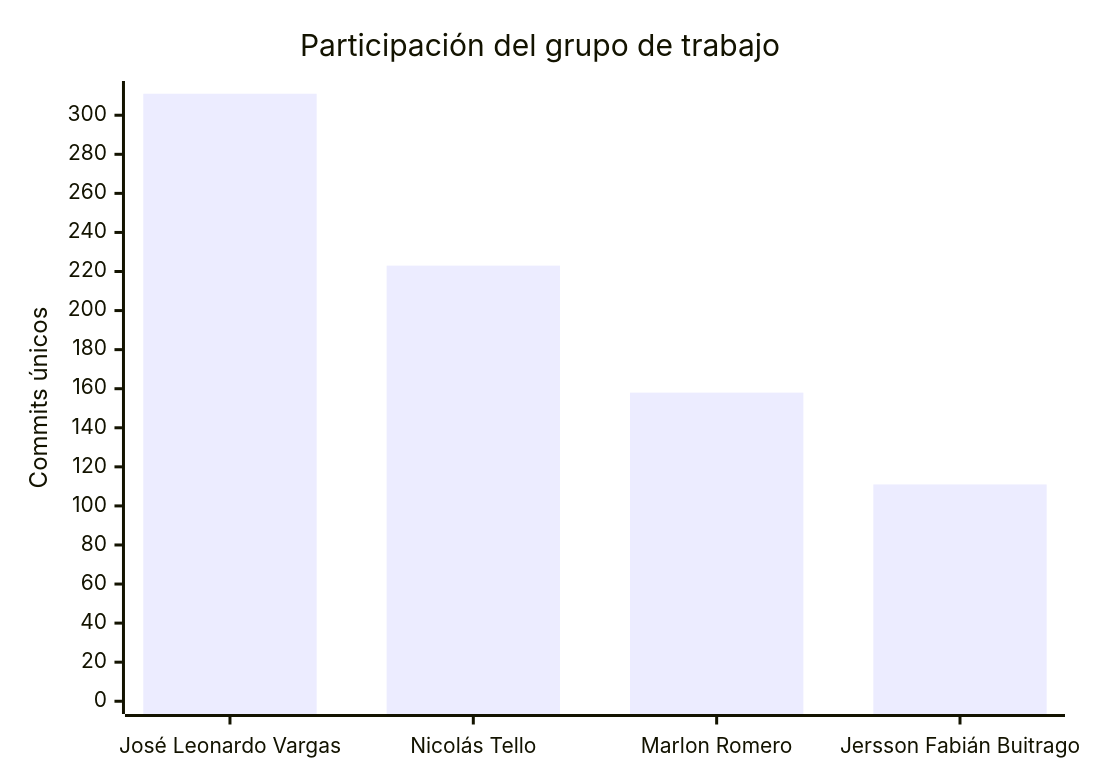
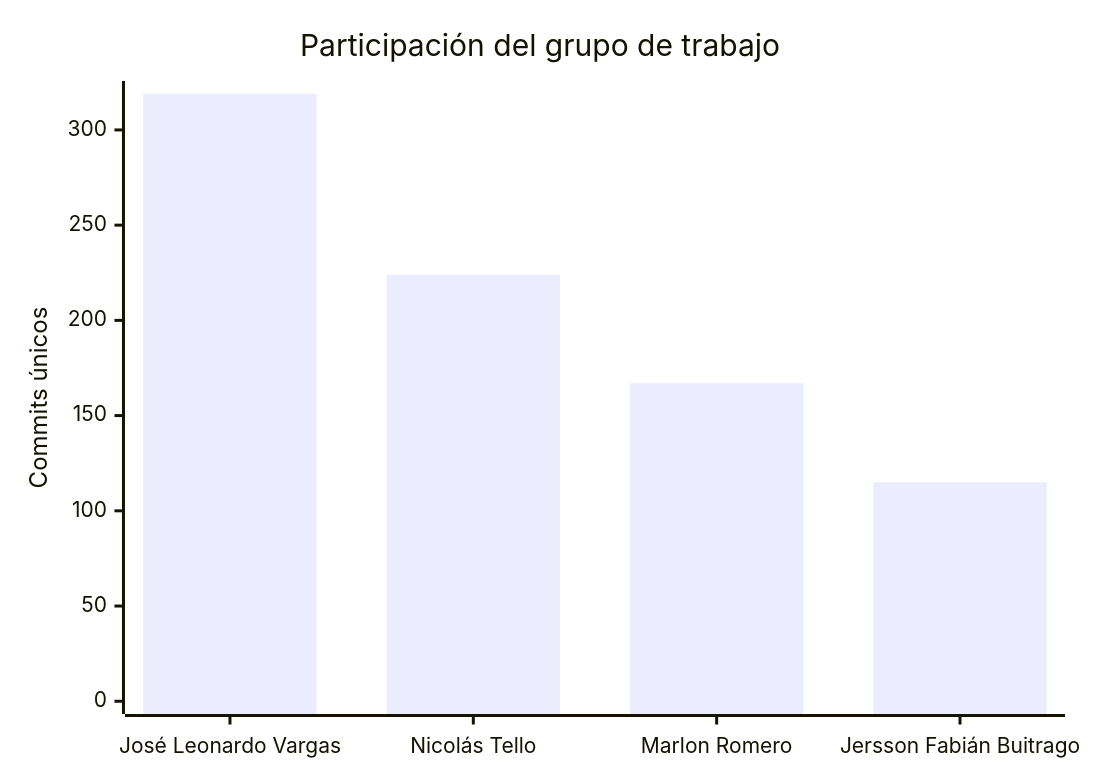
Before and after one commit to FarmaExpres/FarmaExpres: the second of 2 diagrams in README.md, drawn with Mermaid. The commit also changed other lines of this file and 1 other file, not shown here.

````diff
--- a/README.md
+++ b/README.md
@@ -403,7 +403,7 @@
 ```mermaid
 xychart-beta
     title "Participación del grupo de trabajo"
     x-axis ["José Leonardo Vargas", "Nicolás Tello", "Marlon Romero", "Jersson Fabián Buitrago"]
-    y-axis "Commits únicos" 0 --> 311
-    bar [311, 223, 158, 111]
+    y-axis "Commits únicos" 0 --> 319
+    bar [319, 224, 167, 115]
 ```
````
